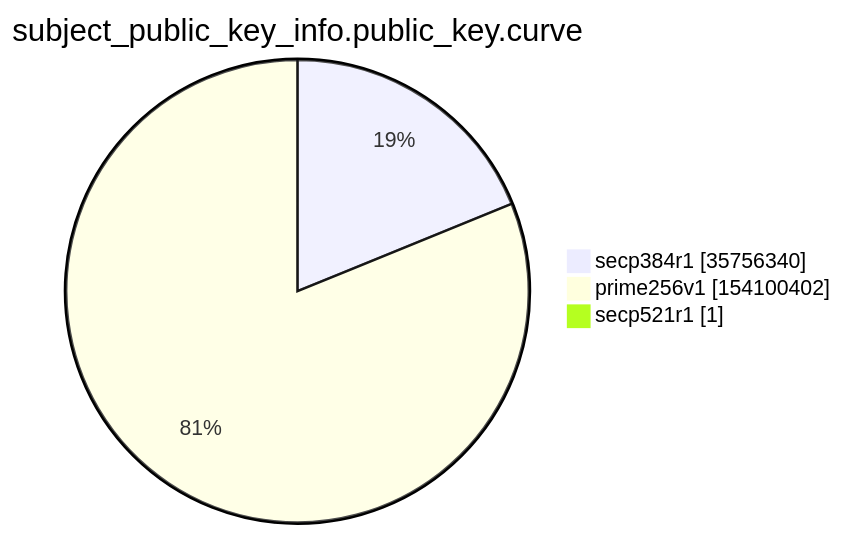
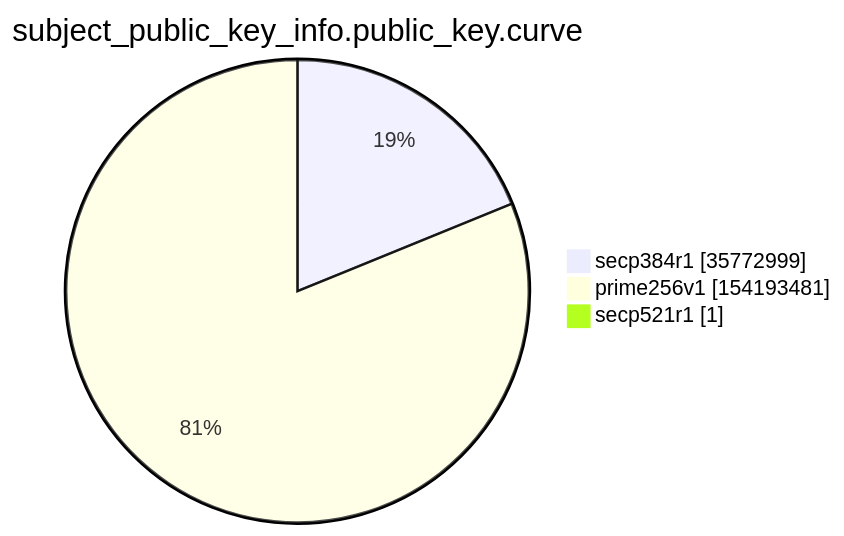
Before and after one commit to christiankrug/ctmonitor_visualization: the ninth of 15 diagrams in argon2022/README.md, drawn with Mermaid. The commit also changed other lines of this file, not shown here.

````diff
--- a/argon2022/README.md
+++ b/argon2022/README.md
@@ -2765,7 +2765,7 @@
 ```mermaid
 pie showData
 title subject_public_key_info.public_key.curve
-"secp384r1" :35756340
-"prime256v1" :154100402
+"secp384r1" :35772999
+"prime256v1" :154193481
 "secp521r1" :1
 ```
````
